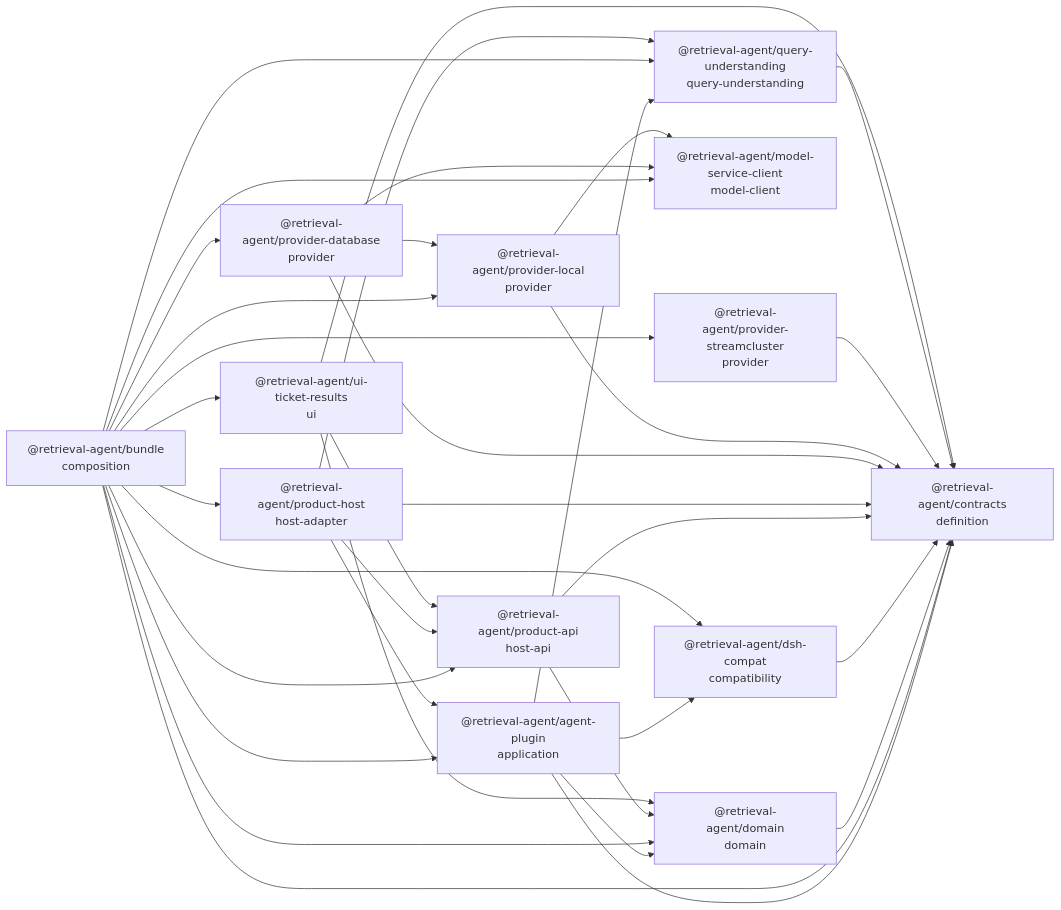
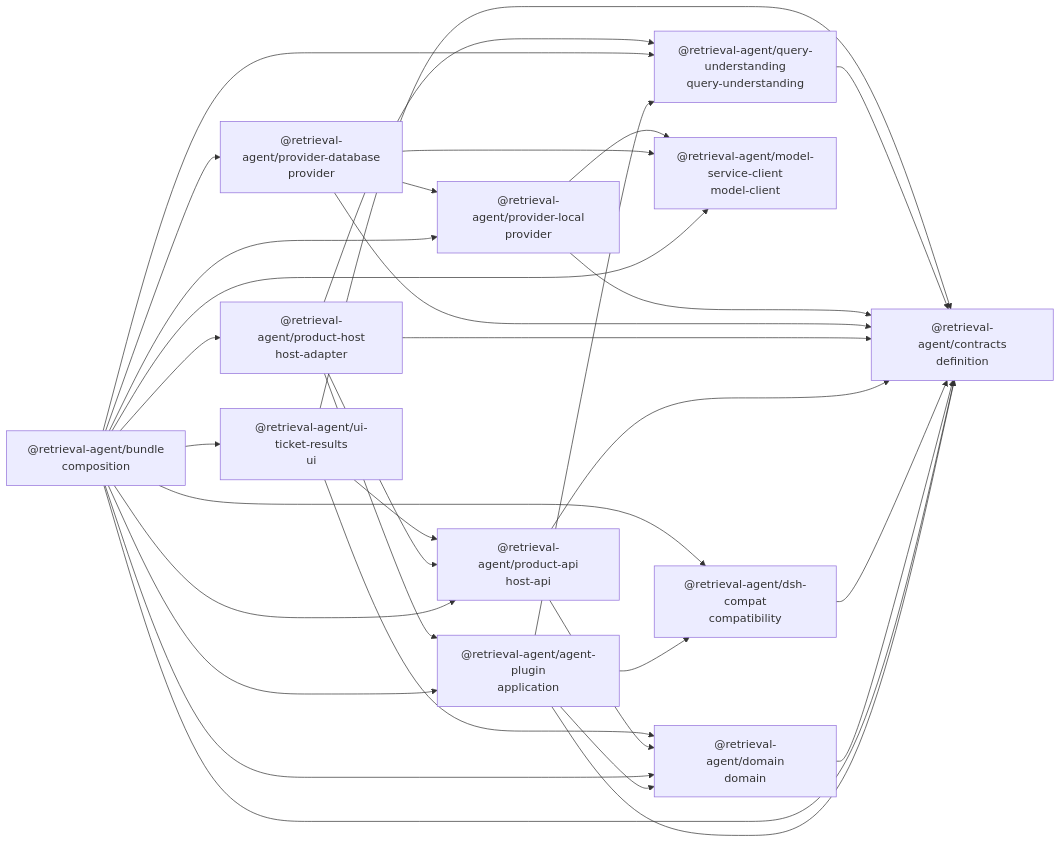
The diagram in docs/WORKSPACE_GRAPH.md (Merak-Wang/CaseWeave), drawn with Mermaid before and after one commit. The commit also changed other lines of this file and 68 other files, not shown here.

````diff
--- a/docs/WORKSPACE_GRAPH.md
+++ b/docs/WORKSPACE_GRAPH.md
@@ -6,50 +6,47 @@
 ```mermaid
 flowchart LR
   agent_plugin["@retrieval-agent/agent-plugin<br/>application"]
   bundle["@retrieval-agent/bundle<br/>composition"]
   contracts["@retrieval-agent/contracts<br/>definition"]
   domain["@retrieval-agent/domain<br/>domain"]
   dsh_compat["@retrieval-agent/dsh-compat<br/>compatibility"]
   model_service_client["@retrieval-agent/model-service-client<br/>model-client"]
   product_api["@retrieval-agent/product-api<br/>host-api"]
   product_host["@retrieval-agent/product-host<br/>host-adapter"]
   provider_database["@retrieval-agent/provider-database<br/>provider"]
   provider_local["@retrieval-agent/provider-local<br/>provider"]
-  provider_streamcluster["@retrieval-agent/provider-streamcluster<br/>provider"]
   query_understanding["@retrieval-agent/query-understanding<br/>query-understanding"]
   ui_ticket_results["@retrieval-agent/ui-ticket-results<br/>ui"]
   agent_plugin --> contracts
   agent_plugin --> domain
   agent_plugin --> dsh_compat
   agent_plugin --> query_understanding
   bundle --> agent_plugin
   bundle --> contracts
   bundle --> domain
   bundle --> dsh_compat
   bundle --> model_service_client
   bundle --> product_api
   bundle --> product_host
   bundle --> provider_database
   bundle --> provider_local
-  bundle --> provider_streamcluster
   bundle --> query_understanding
   bundle --> ui_ticket_results
   domain --> contracts
   dsh_compat --> contracts
   product_api --> contracts
   product_api --> domain
   product_host --> agent_plugin
   product_host --> contracts
   product_host --> product_api
   product_host --> query_understanding
   provider_database --> contracts
   provider_database --> model_service_client
   provider_database --> provider_local
   provider_local --> contracts
   provider_local --> model_service_client
-  provider_streamcluster --> contracts
   query_understanding --> contracts
   ui_ticket_results --> contracts
   ui_ticket_results --> domain
   ui_ticket_results --> product_api
 ```
````
